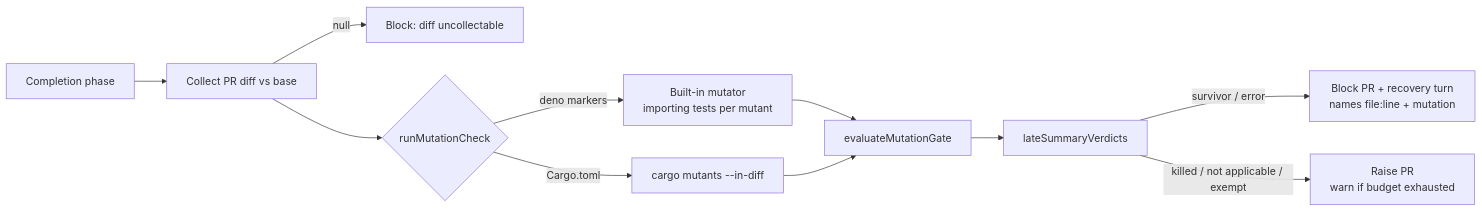
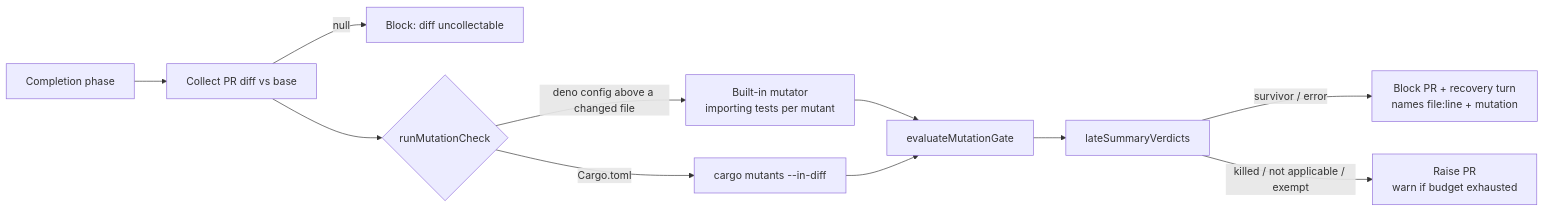
The diagram in docs/archive/pr-summaries/pr-summary-3393.md (stSoftwareAU/VibeCoder), drawn with Mermaid before and after one commit. The commit also changed other lines of this file and 9 other files, not shown here.

````diff
--- a/docs/archive/pr-summaries/pr-summary-3393.md
+++ b/docs/archive/pr-summaries/pr-summary-3393.md
@@ -21,13 +30,13 @@
 ```mermaid
 flowchart LR
     C[Completion phase] --> D[Collect PR diff vs base]
     D -->|null| B1[Block: diff uncollectable]
     D --> R{runMutationCheck}
-    R -->|deno markers| DN[Built-in mutator<br/>importing tests per mutant]
+    R -->|deno config above a changed file| DN[Built-in mutator<br/>importing tests per mutant]
     R -->|Cargo.toml| RS[cargo mutants --in-diff]
     DN --> E[evaluateMutationGate]
     RS --> E
     E --> L[lateSummaryVerdicts]
     L -->|survivor / error| B2[Block PR + recovery turn<br/>names file:line + mutation]
     L -->|killed / not applicable / exempt| P[Raise PR<br/>warn if budget exhausted]
 ```
````
